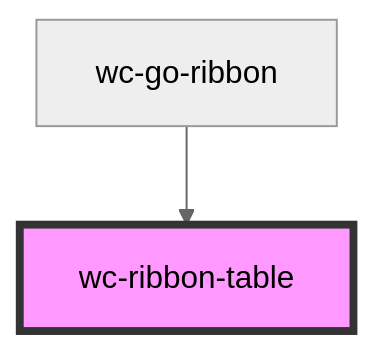
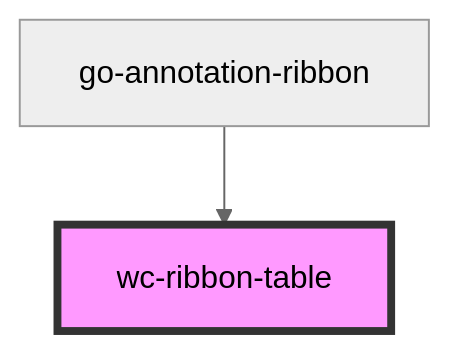
Before and after one commit to geneontology/web-components: the diagram in src/components/go-ribbon-table/readme.md, drawn with Mermaid (neutral theme). The commit also changed other lines of this file and 10 other files, not shown here.

Commit message:
Rename wc-go-ribbon to go-annotation-ribbon

````diff
--- a/src/components/go-ribbon-table/readme.md
+++ b/src/components/go-ribbon-table/readme.md
@@ -71,5 +71,5 @@
 ```mermaid
 graph TD;
-  wc-go-ribbon --> wc-ribbon-table
+  go-annotation-ribbon --> wc-ribbon-table
   style wc-ribbon-table fill:#f9f,stroke:#333,stroke-width:4px
 ```
````
